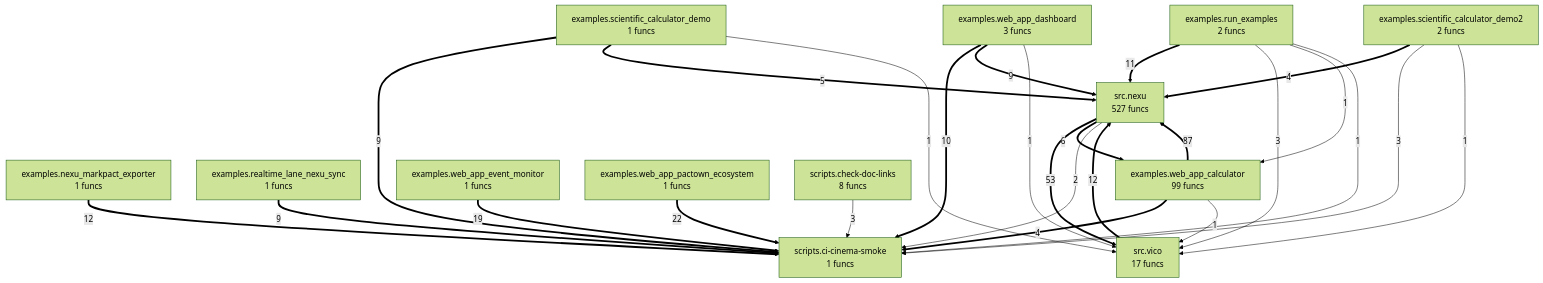
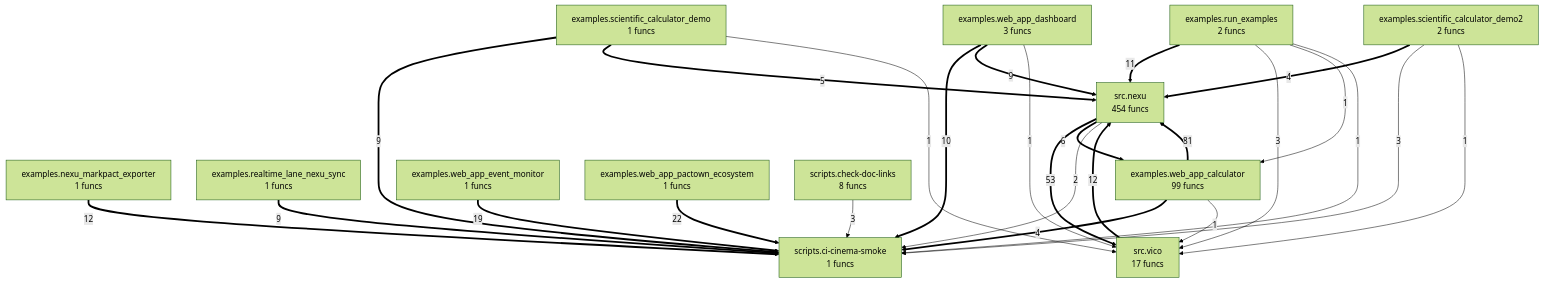
One commit to autogrammar/nexu changed the diagram in project/compact_flow.mmd. Above: the diagram before and after it, drawn with Mermaid (forest theme). The commit also changed 50 other files, not shown here.

```diff
--- a/project/compact_flow.mmd
+++ b/project/compact_flow.mmd
@@ -1,40 +1,40 @@
 flowchart TD
-%% generated in 0.01s
+%% generated in 0.02s
     examples__nexu_markpact_exporter["examples.nexu_markpact_exporter<br/>1 funcs"]
     examples__realtime_lane_nexu_sync["examples.realtime_lane_nexu_sync<br/>1 funcs"]
     examples__run_examples["examples.run_examples<br/>2 funcs"]
     examples__scientific_calculator_demo["examples.scientific_calculator_demo<br/>1 funcs"]
     examples__scientific_calculator_demo2["examples.scientific_calculator_demo2<br/>2 funcs"]
     examples__web_app_calculator["examples.web_app_calculator<br/>99 funcs"]
     examples__web_app_dashboard["examples.web_app_dashboard<br/>3 funcs"]
     examples__web_app_event_monitor["examples.web_app_event_monitor<br/>1 funcs"]
     examples__web_app_pactown_ecosystem["examples.web_app_pactown_ecosystem<br/>1 funcs"]
     scripts__check_doc_links["scripts.check-doc-links<br/>8 funcs"]
     scripts__ci_cinema_smoke["scripts.ci-cinema-smoke<br/>1 funcs"]
-    src__nexu["src.nexu<br/>527 funcs"]
+    src__nexu["src.nexu<br/>454 funcs"]
     src__vico["src.vico<br/>17 funcs"]
-    examples__web_app_calculator ==>|87| src__nexu
+    examples__web_app_calculator ==>|81| src__nexu
     src__nexu ==>|53| src__vico
     examples__web_app_pactown_ecosystem ==>|22| scripts__ci_cinema_smoke
     examples__web_app_event_monitor ==>|19| scripts__ci_cinema_smoke
     examples__nexu_markpact_exporter ==>|12| scripts__ci_cinema_smoke
     src__vico ==>|12| src__nexu
     examples__run_examples ==>|11| src__nexu
     examples__web_app_dashboard ==>|10| scripts__ci_cinema_smoke
     examples__scientific_calculator_demo ==>|9| scripts__ci_cinema_smoke
     examples__realtime_lane_nexu_sync ==>|9| scripts__ci_cinema_smoke
     examples__web_app_dashboard ==>|9| src__nexu
     src__nexu ==>|6| examples__web_app_calculator
     examples__scientific_calculator_demo ==>|5| src__nexu
     examples__scientific_calculator_demo2 ==>|4| src__nexu
     examples__web_app_calculator ==>|4| scripts__ci_cinema_smoke
     examples__run_examples -->|3| src__vico
     examples__scientific_calculator_demo2 -->|3| scripts__ci_cinema_smoke
     scripts__check_doc_links -->|3| scripts__ci_cinema_smoke
     src__nexu -->|2| scripts__ci_cinema_smoke
     examples__scientific_calculator_demo -->|1| src__vico
     examples__run_examples -->|1| examples__web_app_calculator
     examples__run_examples -->|1| scripts__ci_cinema_smoke
     examples__scientific_calculator_demo2 -->|1| src__vico
     examples__web_app_calculator -->|1| src__vico
     examples__web_app_dashboard -->|1| src__vico
```
